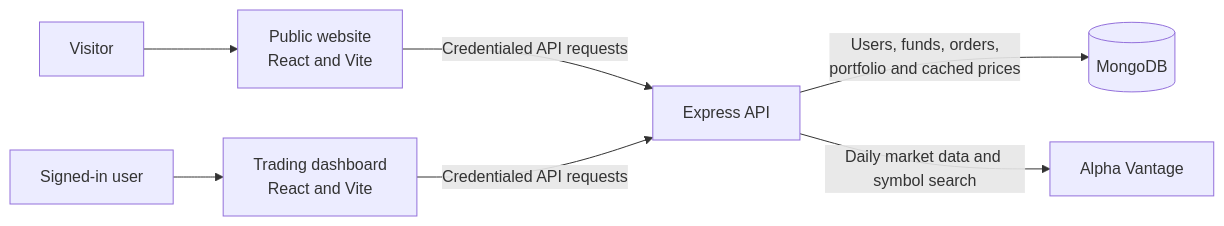
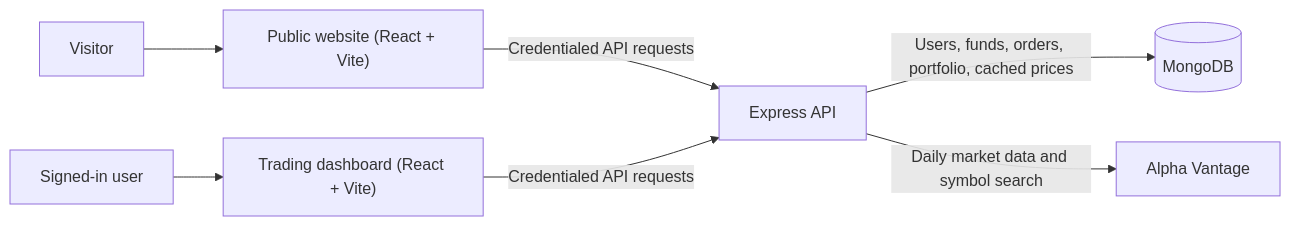
Before and after one commit to Mu-m-in/EquityFlow: the diagram in README.md, drawn with Mermaid. The commit also changed other lines of this file, not shown here.

````diff
--- a/README.md
+++ b/README.md
@@ -48,9 +64,9 @@
 ```mermaid
 flowchart LR
-    Visitor[Visitor] --> Frontend[Public website<br/>React and Vite]
-    User[Signed-in user] --> Dashboard[Trading dashboard<br/>React and Vite]
-    Frontend -->|Credentialed API requests| API[Express API]
+    Visitor["Visitor"] --> Frontend["Public website (React + Vite)"]
+    User["Signed-in user"] --> Dashboard["Trading dashboard (React + Vite)"]
+    Frontend -->|Credentialed API requests| API["Express API"]
     Dashboard -->|Credentialed API requests| API
-    API -->|Users, funds, orders,<br/>portfolio and cached prices| MongoDB[(MongoDB)]
-    API -->|Daily market data and symbol search| AlphaVantage[Alpha Vantage]
+    API -->|Users, funds, orders, portfolio, cached prices| MongoDB[("MongoDB")]
+    API -->|Daily market data and symbol search| AlphaVantage["Alpha Vantage"]
 ```
````
